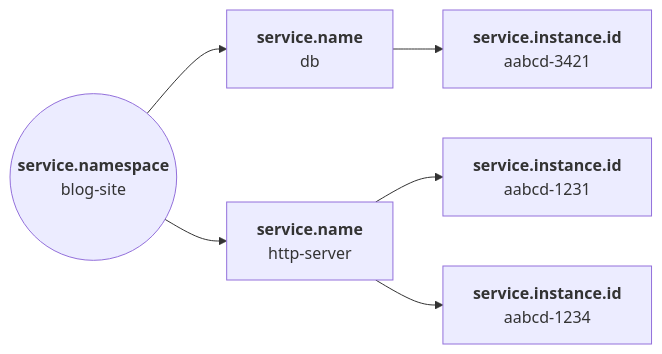
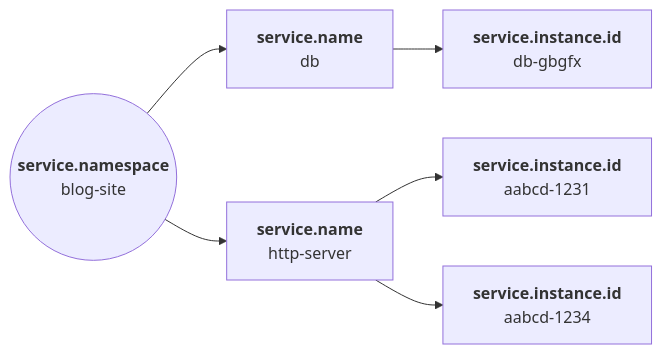
One commit to open-telemetry/semantic-conventions changed the diagram in docs/resource/service.md. Above: the diagram before and after it, drawn with Mermaid. The commit also changed other lines of this file, not shown here.

````diff
--- a/docs/resource/service.md
+++ b/docs/resource/service.md
@@ -23,20 +23,20 @@
 ```mermaid
 flowchart LR
     App(("`**service.namespace**
            blog-site`"))
     Db["`**service.name**
          db`"]
     Http["`**service.name**
           http-server`"]
     Http1["`**service.instance.id**
             aabcd-1231`"]
     Http2["`**service.instance.id**
            aabcd-1234`"]
     Db1["`**service.instance.id**
-         aabcd-3421`"]
+         db-gbgfx`"]
     Db --> Db1
     Http --> Http1
     Http --> Http2
     App --> Db
     App --> Http
 ```
````
